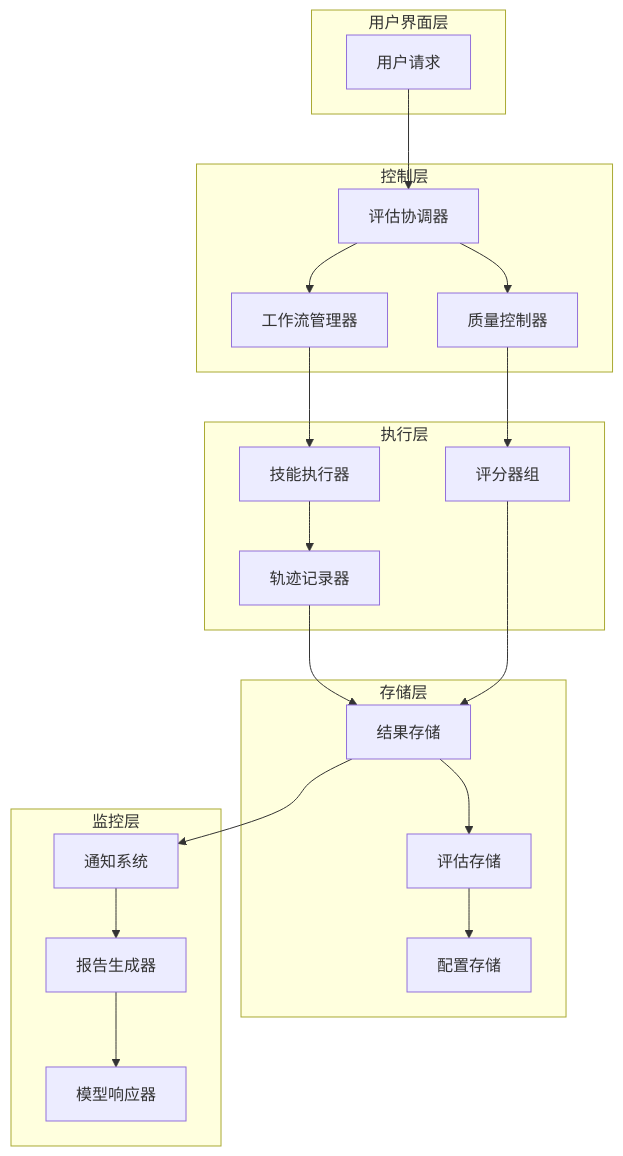
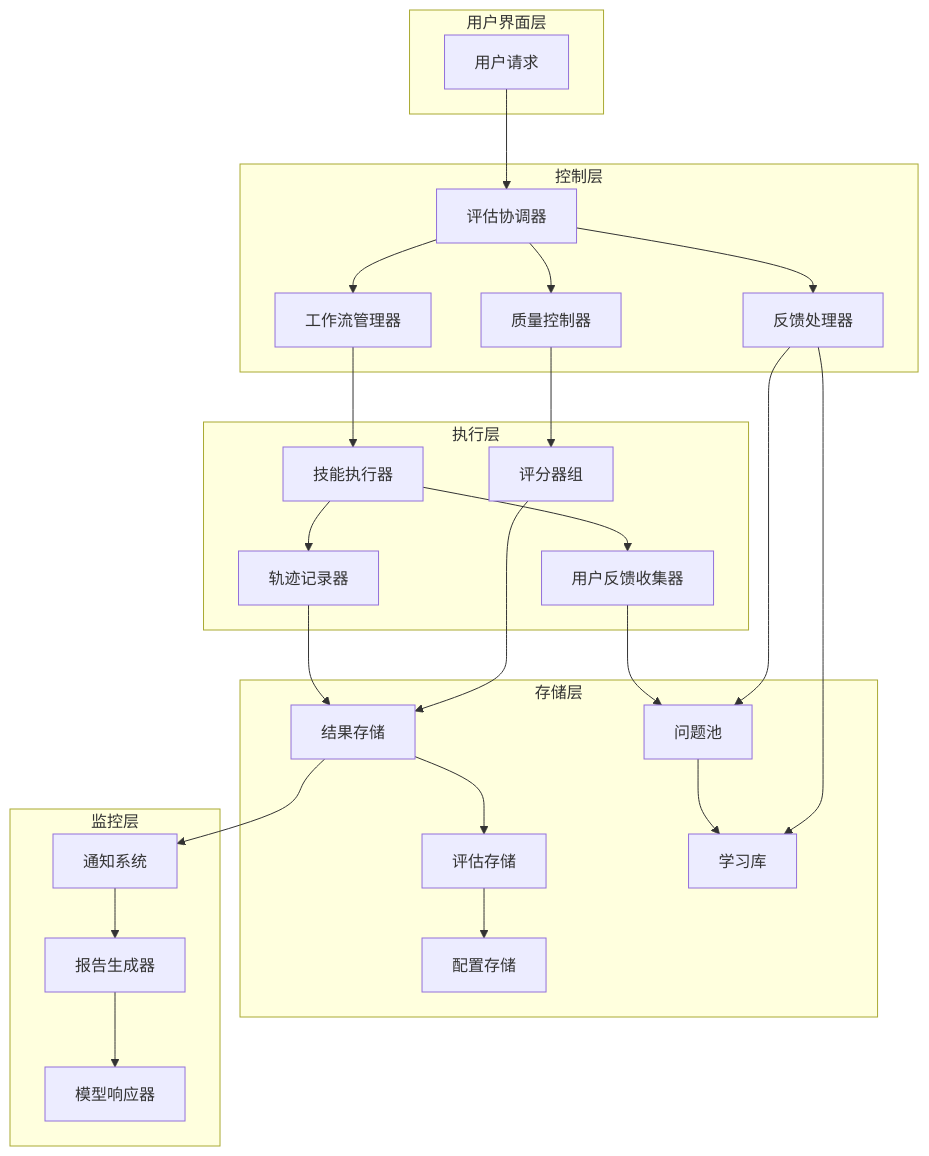
The second of 9 diagrams in .qoder/repowiki/zh/content/技能工程系统/反馈循环系统.md (yangmeishux/frontend-team-marketplace), drawn with Mermaid before and after one commit. The commit also changed other lines of this file and 4 other files, not shown here.

````diff
--- a/.qoder/repowiki/zh/content/技能工程系统/反馈循环系统.md
+++ b/.qoder/repowiki/zh/content/技能工程系统/反馈循环系统.md
@@ -99,39 +124,49 @@
 ```mermaid
 graph TD
 subgraph "用户界面层"
 UI[用户请求]
 end
 subgraph "控制层"
 CE[评估协调器]
 WM[工作流管理器]
 QC[质量控制器]
+FC[反馈处理器]
 end
 subgraph "执行层"
 SR[技能执行器]
 GR[评分器组]
 TR[轨迹记录器]
+UF[用户反馈收集器]
 end
 subgraph "存储层"
 RS[结果存储]
 ES[评估存储]
 CS[配置存储]
+IS[问题池]
+LS[学习库]
 end
 subgraph "监控层"
 NR[通知系统]
 AR[报告生成器]
 MR[模型响应器]
 end
 UI --> CE
 CE --> WM
 CE --> QC
+CE --> FC
 WM --> SR
 QC --> GR
 SR --> TR
+SR --> UF
+UF --> IS
+IS --> LS
+FC --> IS
+FC --> LS
 TR --> RS
 GR --> RS
 RS --> ES
 ES --> CS
 RS --> NR
 NR --> AR
 AR --> MR
 ```
````
